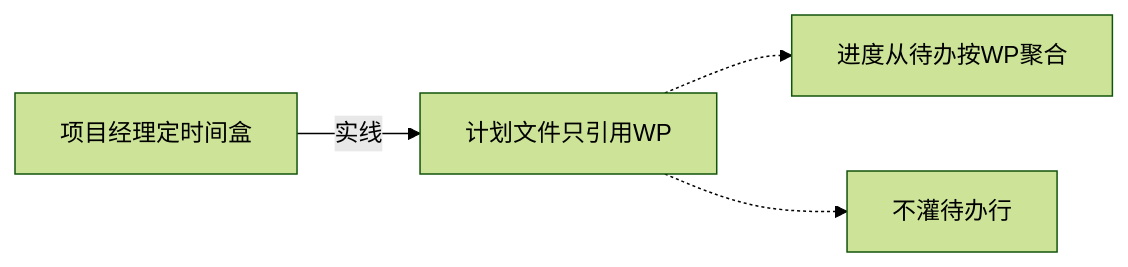
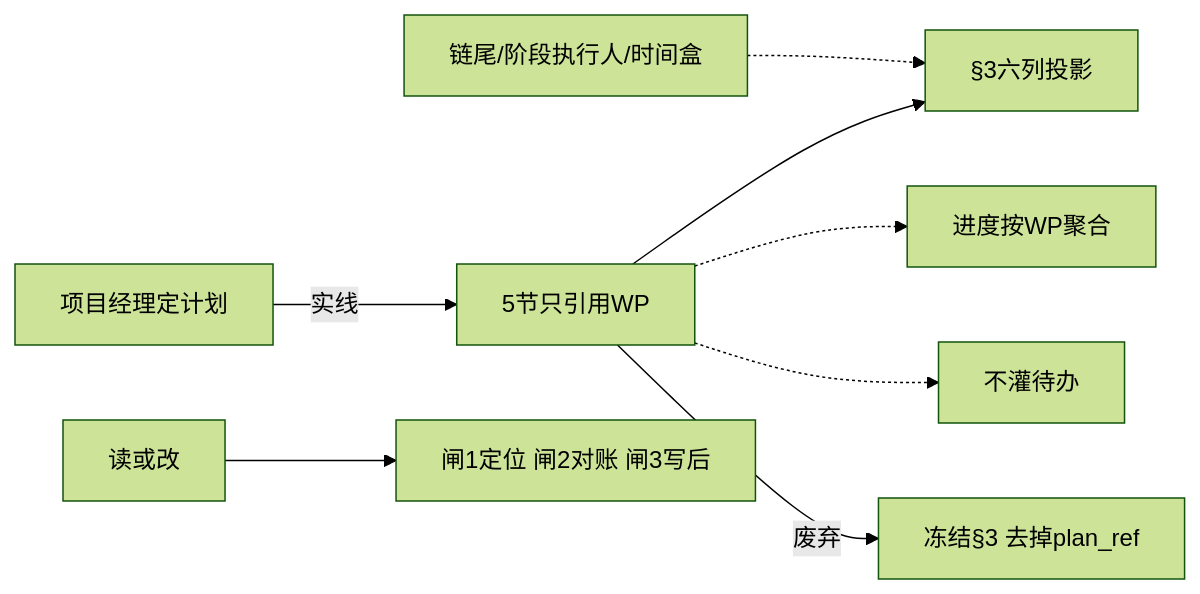
Before and after one commit to qiusuo0226/chrono-pm-skill: the sixth of 18 diagrams in ChronoPM-Project/SKILL_MODULE_MAP.md, drawn with Mermaid (forest theme). The commit also changed other lines of this file and 3 other files, not shown here.

````diff
--- a/ChronoPM-Project/SKILL_MODULE_MAP.md
+++ b/ChronoPM-Project/SKILL_MODULE_MAP.md
@@ -63,6 +67,10 @@
 ```mermaid
 flowchart LR
-  PM[项目经理定时间盒] -->|实线| PLAN[计划文件只引用WP]
-  PLAN -.-> PROG[进度从待办按WP聚合]
-  PLAN -.-> X[不灌待办行]
+  PM[项目经理定计划] -->|实线| PLAN[5节只引用WP]
+  WP[链尾/阶段执行人/时间盒] -.-> S3[§3六列投影]
+  PLAN --> S3
+  PLAN -.-> PROG[进度按WP聚合]
+  PLAN -.-> X[不灌待办]
+  Q[读或改] --> GATE[闸1定位 闸2对账 闸3写后]
+  PLAN -->|废弃| FZ[冻结§3 去掉plan_ref]
 ```
````
